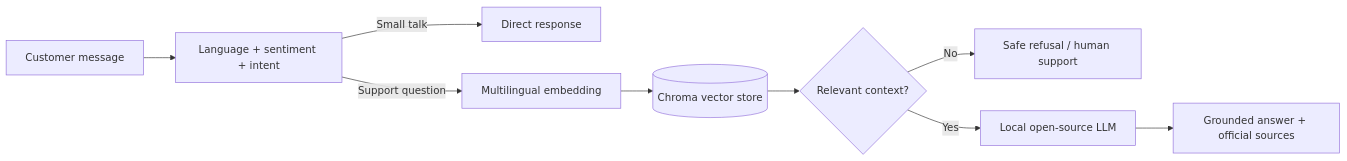
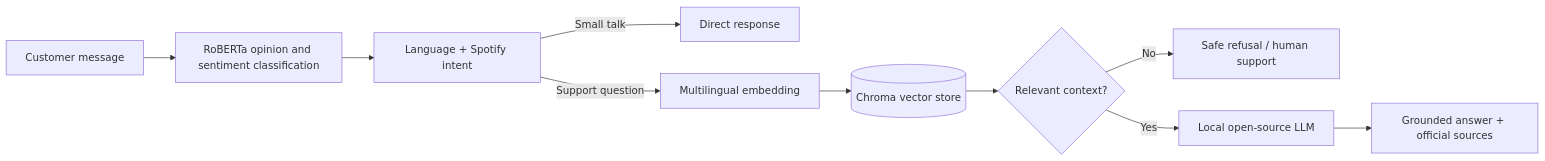
The diagram in README.md (Abdelrhman-Ameen/Spotify-RAG-Chatbot), drawn with Mermaid before and after one commit. The commit also changed other lines of this file and 11 other files, not shown here.

````diff
--- a/README.md
+++ b/README.md
@@ -20,11 +21,12 @@
 ```mermaid
 flowchart LR
-    U[Customer message] --> N[Language + sentiment + intent]
+    U[Customer message] --> O[RoBERTa opinion and sentiment classification]
+    O --> N[Language + Spotify intent]
     N -->|Small talk| S[Direct response]
     N -->|Support question| E[Multilingual embedding]
     E --> C[(Chroma vector store)]
     C --> T{Relevant context?}
     T -->|No| H[Safe refusal / human support]
     T -->|Yes| L[Local open-source LLM]
     L --> A[Grounded answer + official sources]
 ```
````
